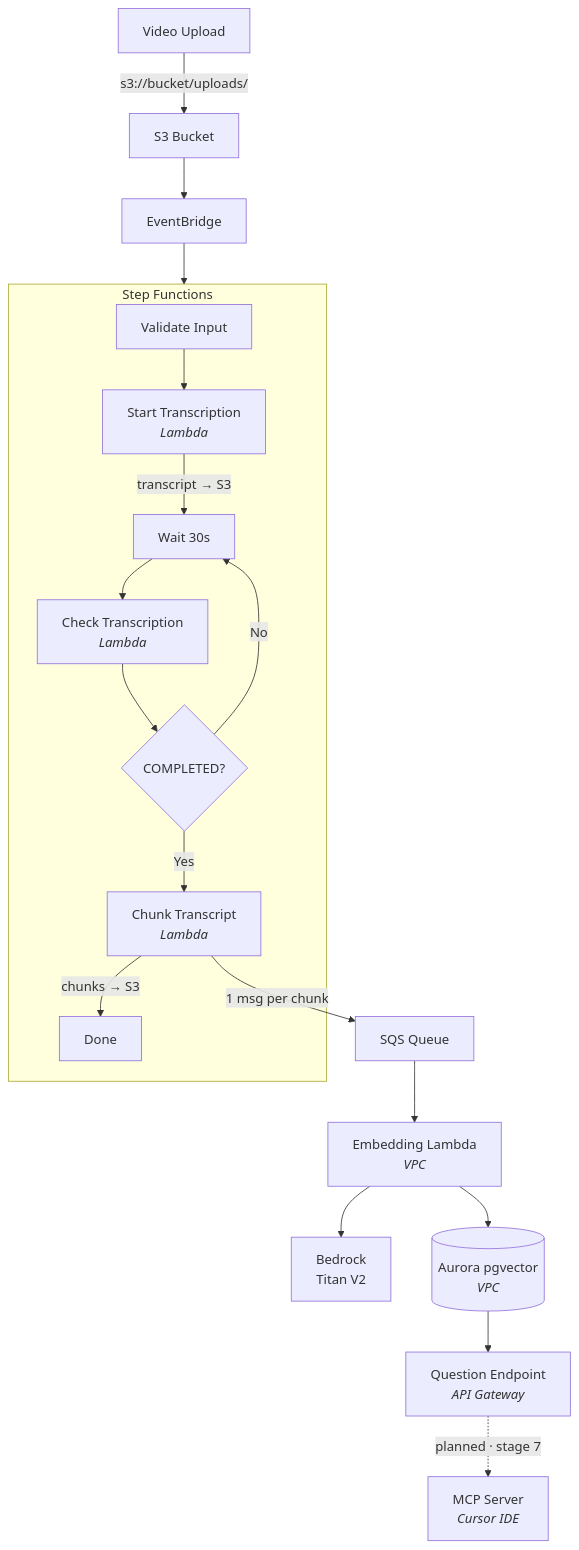
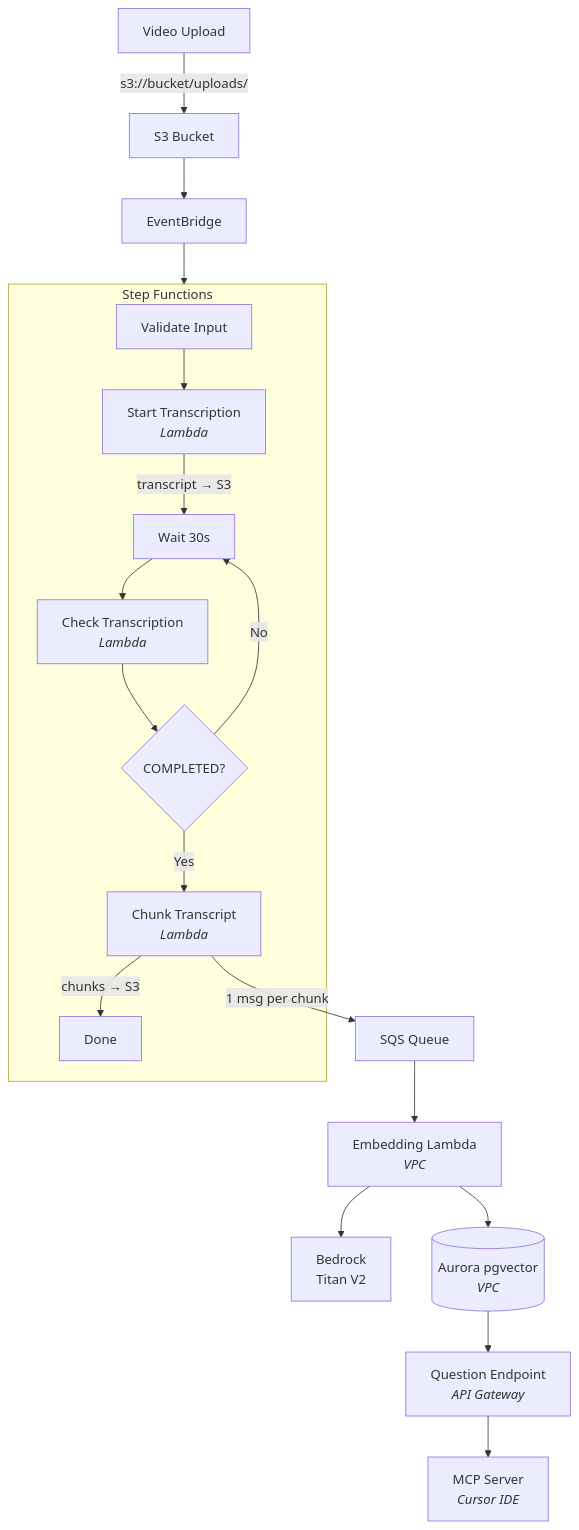
Before and after one commit to wesreisz/production-rag-workshop: the diagram in README.md, drawn with Mermaid. The commit also changed other lines of this file and 18 other files, not shown here.

Commit message:
Implemented MCP server

````diff
--- a/README.md
+++ b/README.md
@@ -10,25 +10,25 @@
 ```mermaid
 graph TD
     Upload["Video Upload"] -->|"s3://bucket/uploads/"| S3["S3 Bucket"]
     S3 --> EB["EventBridge"]
 
     EB --> SF
 
     subgraph SF ["Step Functions"]
         Validate["Validate Input"] --> StartT["Start Transcription<br/><i>Lambda</i>"]
         StartT -->|"transcript → S3"| Wait["Wait 30s"]
         Wait --> CheckT["Check Transcription<br/><i>Lambda</i>"]
         CheckT --> Decision{COMPLETED?}
         Decision -->|No| Wait
         Decision -->|Yes| Chunk["Chunk Transcript<br/><i>Lambda</i>"]
         Chunk -->|"chunks → S3"| Done["Done"]
     end
 
     Chunk -->|"1 msg per chunk"| SQS["SQS Queue"]
     SQS --> Embed["Embedding Lambda<br/><i>VPC</i>"]
     Embed --> Bedrock["Bedrock<br/>Titan V2"]
     Embed --> Aurora[("Aurora pgvector<br/><i>VPC</i>")]
 
     Aurora --> Question["Question Endpoint<br/><i>API Gateway</i>"]
-    Question -.->|"planned · stage 7"| MCP["MCP Server<br/><i>Cursor IDE</i>"]
+    Question --> MCP["MCP Server<br/><i>Cursor IDE</i>"]
 ```
````
